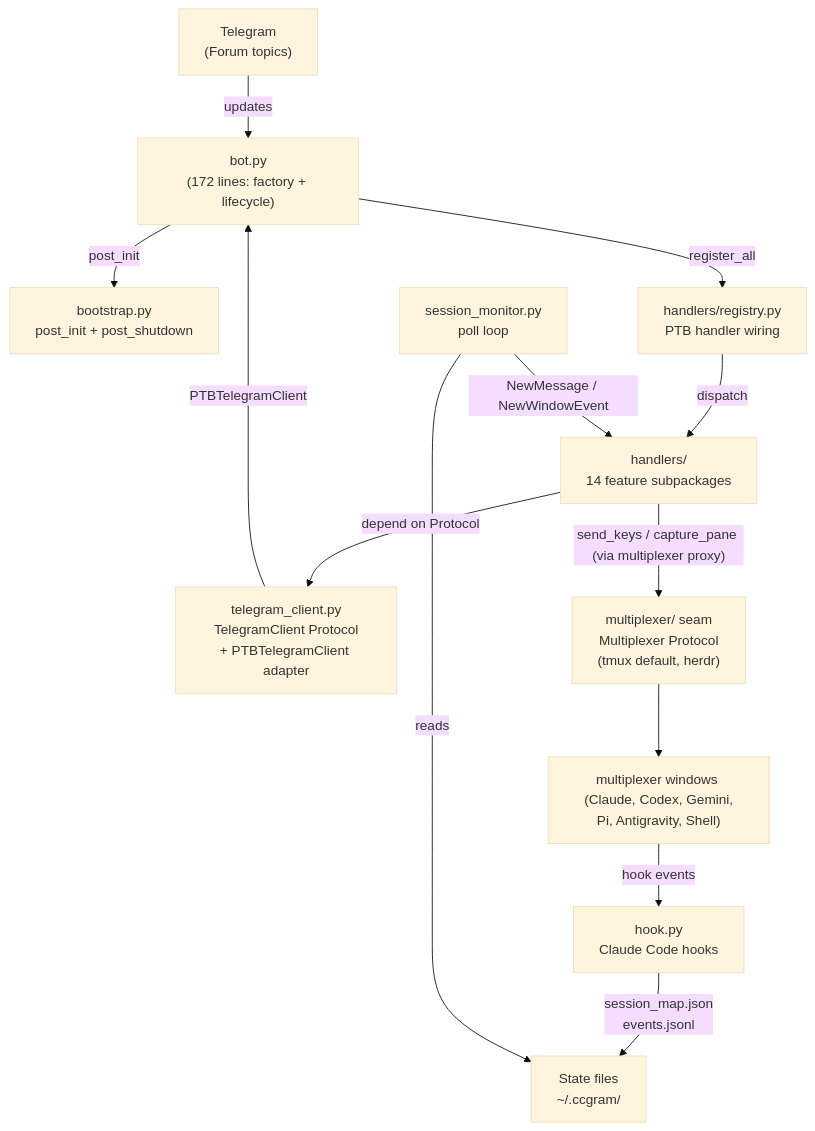
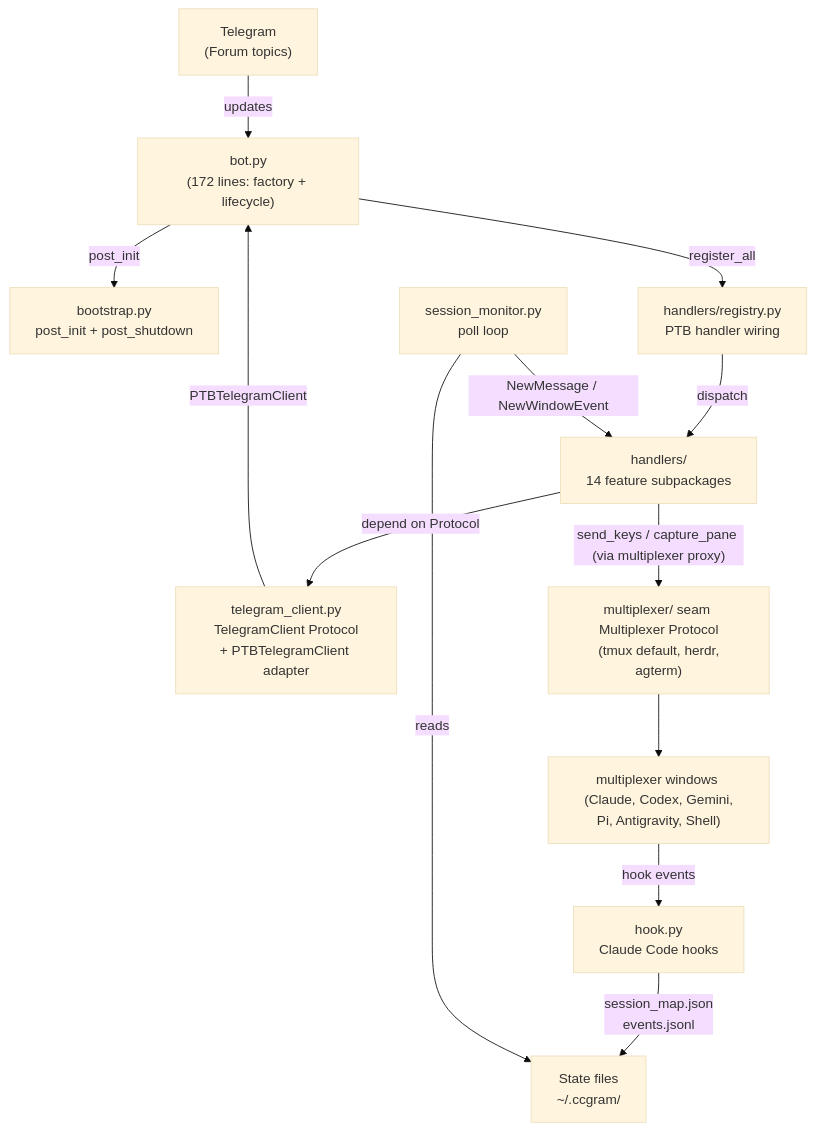
Before and after one commit to alexei-led/ccgram: the first of 8 diagrams in docs/architecture.md, drawn with Mermaid (base theme). The commit also changed other lines of this file and 12 other files, not shown here.

````diff
--- a/docs/architecture.md
+++ b/docs/architecture.md
@@ -13,27 +17,27 @@
 ```mermaid
 graph TB
     Telegram["Telegram<br>(Forum topics)"]
     Bot["bot.py<br>(172 lines: factory + lifecycle)"]
     Bootstrap["bootstrap.py<br>post_init + post_shutdown"]
     Registry["handlers/registry.py<br>PTB handler wiring"]
     TC["telegram_client.py<br>TelegramClient Protocol<br>+ PTBTelegramClient adapter"]
     Handlers["handlers/<br>14 feature subpackages"]
-    TmuxMgr["multiplexer/ seam <br> Multiplexer Protocol <br> (tmux default, herdr)"]
+    TmuxMgr["multiplexer/ seam <br> Multiplexer Protocol <br> (tmux default, herdr, agterm)"]
     Windows["multiplexer windows <br> (Claude, Codex, Gemini, Pi, Antigravity, Shell)"]
     Hook["hook.py<br>Claude Code hooks"]
     Monitor["session_monitor.py<br>poll loop"]
     State["State files<br>~/.ccgram/"]
 
     Telegram -- "updates" --> Bot
     Bot -- "post_init" --> Bootstrap
     Bot -- "register_all" --> Registry
     Registry -- "dispatch" --> Handlers
     Handlers -- "depend on Protocol" --> TC
     TC -- "PTBTelegramClient" --> Bot
     Handlers -- "send_keys / capture_pane (via multiplexer proxy)" --> TmuxMgr
     TmuxMgr --> Windows
     Windows -- "hook events" --> Hook
     Hook -- "session_map.json<br>events.jsonl" --> State
     Monitor -- "reads" --> State
     Monitor -- "NewMessage / NewWindowEvent" --> Handlers
 ```
````
